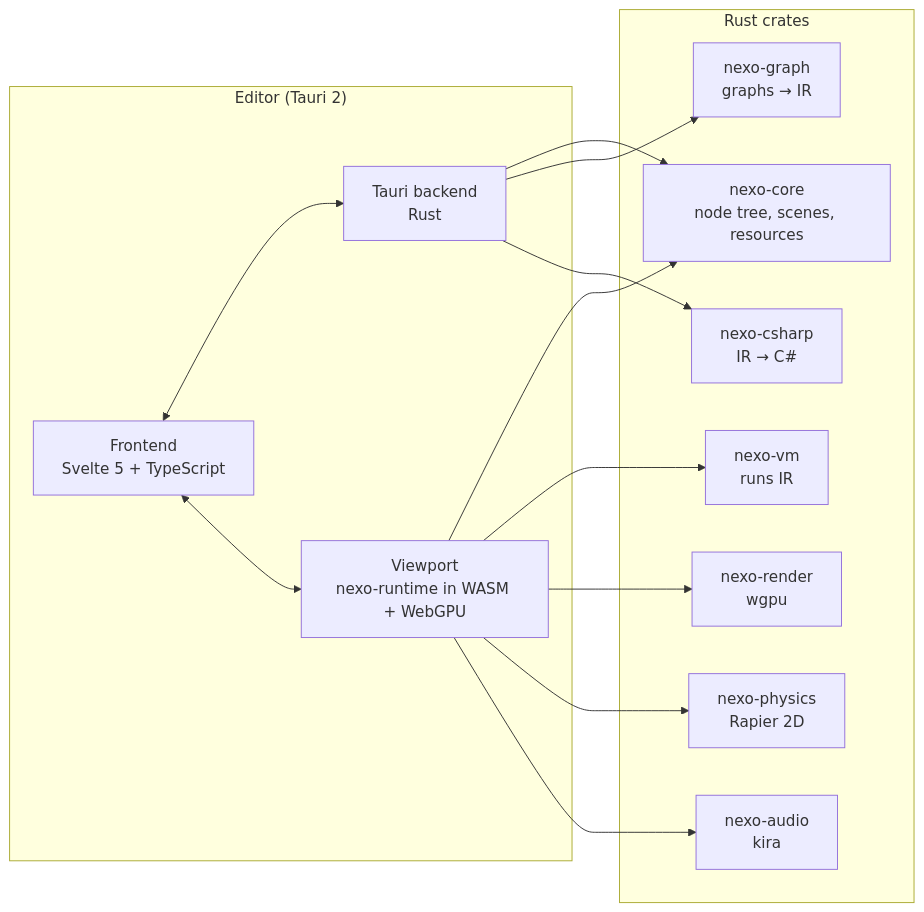
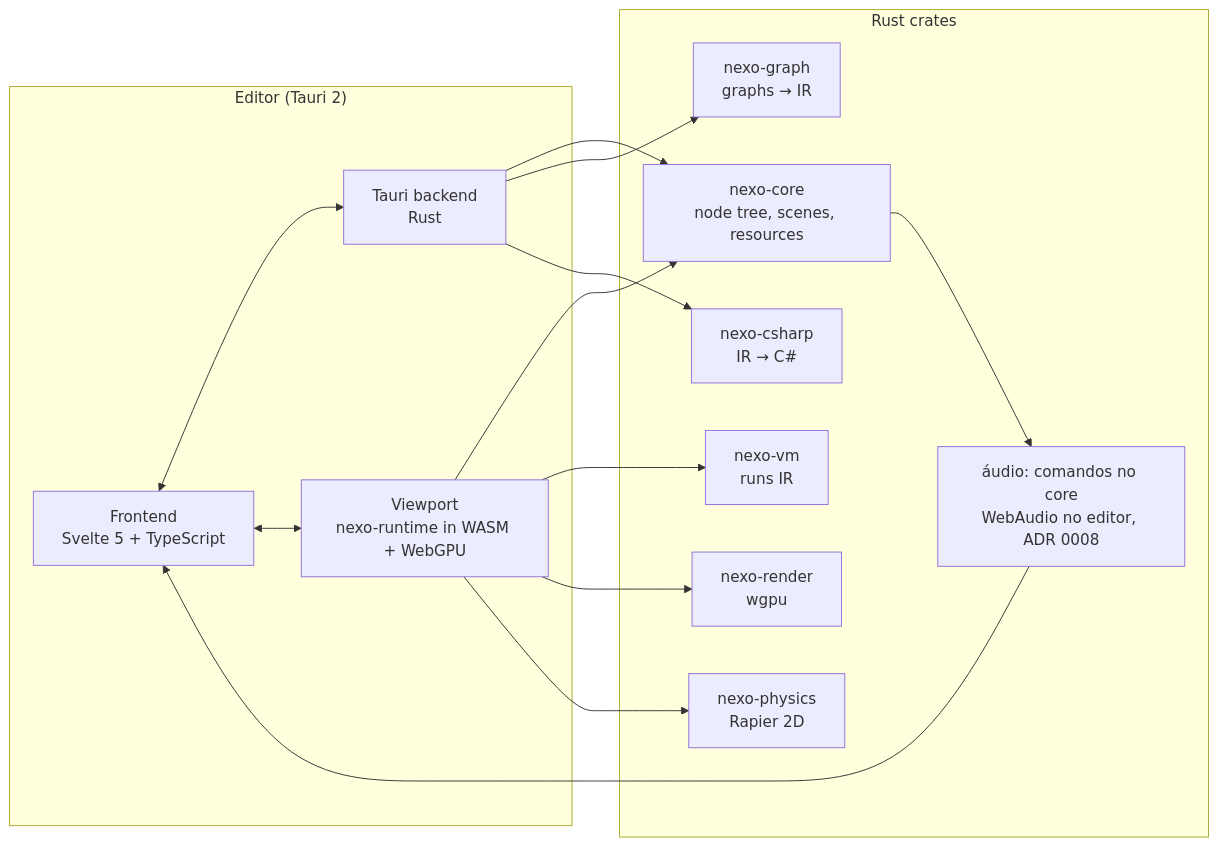
The diagram in docs/03-architecture.md (Bruno-BRG/Engine), drawn with Mermaid before and after one commit. The commit also changed other lines of this file and 2 other files, not shown here.

Commit message:
docs: ADR 0008 do áudio (comandos do core, WebAudio no editor) e arquitetura sem kira
Registra que o núcleo emite AudioCommand e o motor WebAudio do editor toca
o som; a arquitetura deixa de citar kira. A ADR 0007 deixa de dizer que
camadas e gravidade são fixas: vêm de Configurações do Projeto.

````diff
--- a/docs/03-architecture.md
+++ b/docs/03-architecture.md
@@ -5,21 +5,23 @@
 ```mermaid
 flowchart LR
   subgraph Editor["Editor (Tauri 2)"]
     UI["Frontend<br/>Svelte 5 + TypeScript"]
     BE["Tauri backend<br/>Rust"]
     VP["Viewport<br/>nexo-runtime in WASM + WebGPU"]
   end
   subgraph Core["Rust crates"]
     C[nexo-core<br/>node tree, scenes, resources]
     G[nexo-graph<br/>graphs → IR]
     VM[nexo-vm<br/>runs IR]
     CS[nexo-csharp<br/>IR → C#]
     R[nexo-render<br/>wgpu]
     P[nexo-physics<br/>Rapier 2D]
-    A[nexo-audio<br/>kira]
+    A[áudio: comandos no core<br/>WebAudio no editor, ADR 0008]
   end
   UI <--> BE
   UI <--> VP
   BE --> C & G & CS
-  VP --> C & VM & R & P & A
+  VP --> C & VM & R & P
+  C --> A
+  A --> UI
 ```
````
